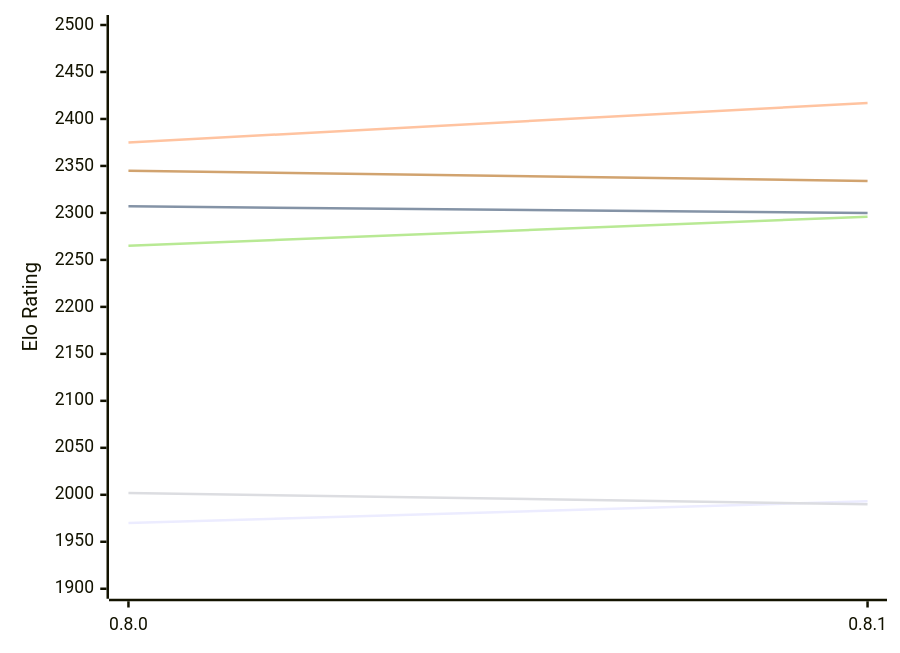
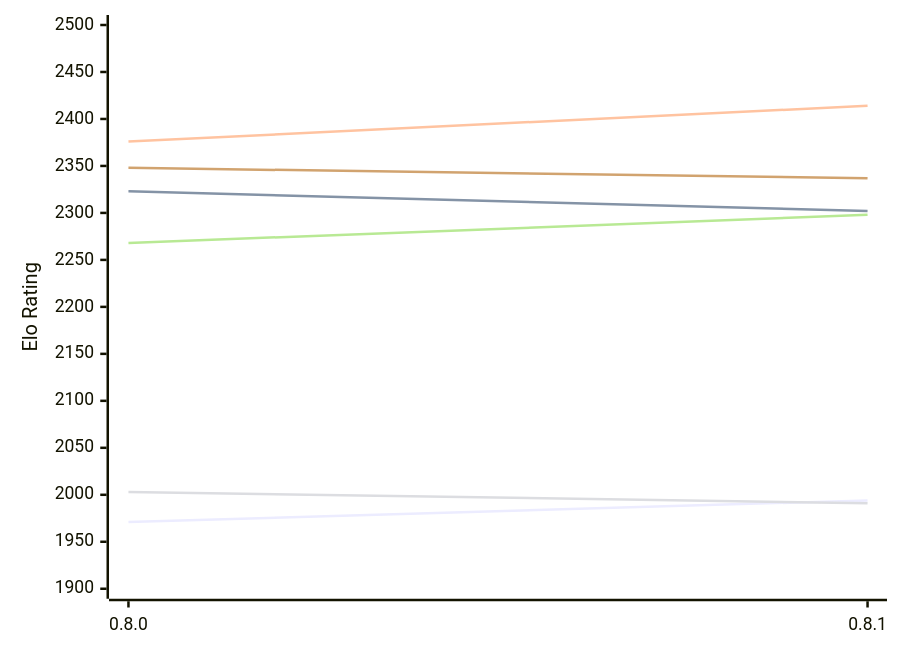
The diagram in engines/LittleWing.md (computer-chess-index/cci), drawn with Mermaid before and after one commit. The commit also changed other lines of this file, not shown here.

Commit message:
Update CCI Ratings (ELO VLTC) - 2026-11-24

````diff
--- a/engines/LittleWing.md
+++ b/engines/LittleWing.md
@@ -49,12 +49,12 @@
 ```mermaid
 %%{init: {"theme":"base","themeVariables":{"seriesColors:['#a3a3a3','#222221','#faa371']}}}%%
 xychart-beta
   x-axis ["0.8.0", "0.8.1"]
   y-axis "Elo Rating" 1900 --> 2500
-  line "E1: STC (8.0+0.08s)" [1970, 1993]
-  line "E1: LTC (60.0+0.60s)" [2307, 2300]
-  line "E1: VLTC (2m24s+1.12s)" [2375, 2417]
-  line "P1: STC (8.0+0.08s)" [2002, 1990]
-  line "P1: LTC (60.0+0.60s)" [2265, 2296]
-  line "P1: VLTC (2m24s+1.12s)" [2345, 2334]
+  line "E1: STC (8.0+0.08s)" [1971, 1994]
+  line "E1: LTC (60.0+0.60s)" [2323, 2302]
+  line "E1: VLTC (2m24s+1.12s)" [2376, 2414]
+  line "P1: STC (8.0+0.08s)" [2003, 1991]
+  line "P1: LTC (60.0+0.60s)" [2268, 2298]
+  line "P1: VLTC (2m24s+1.12s)" [2348, 2337]
 ```
````
